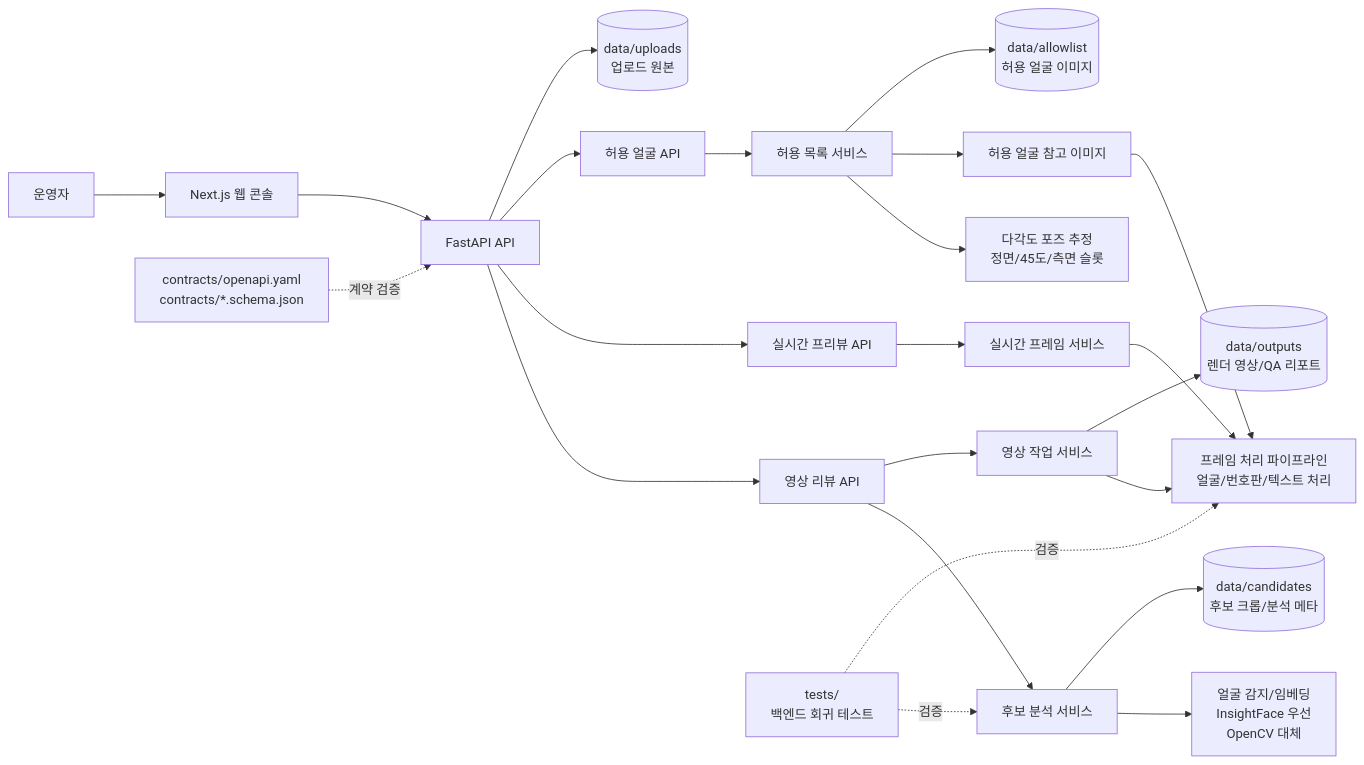
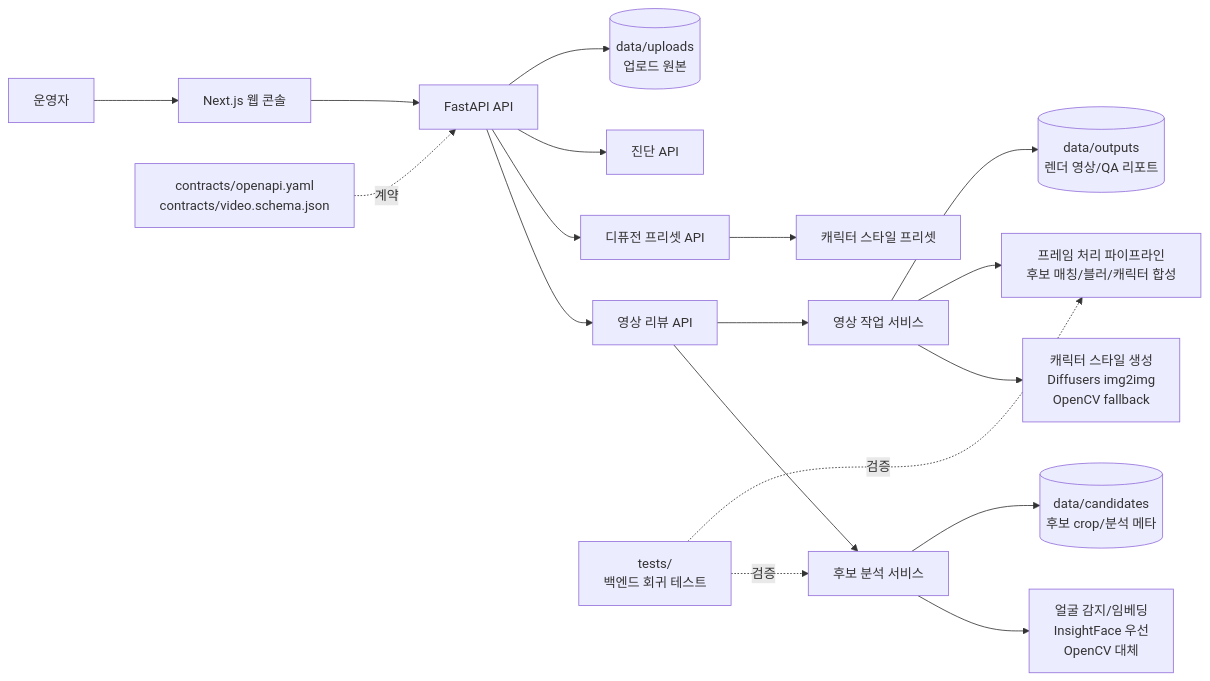
The diagram in docs/developer-guide.md (iamdbstjd/PersonaMask), drawn with Mermaid before and after one commit. The commit also changed other lines of this file and 105 other files, not shown here.

````diff
--- a/docs/developer-guide.md
+++ b/docs/developer-guide.md
@@ -14,30 +15,25 @@
 ```mermaid
 flowchart LR
   Operator["운영자"] --> Web["Next.js 웹 콘솔"]
   Web --> API["FastAPI API"]
 
   API --> VideoRoutes["영상 리뷰 API"]
-  API --> RealtimeRoutes["실시간 프리뷰 API"]
-  API --> AllowlistRoutes["허용 얼굴 API"]
+  API --> PresetRoutes["디퓨전 프리셋 API"]
+  API --> Diagnostics["진단 API"]
 
   VideoRoutes --> CandidateService["후보 분석 서비스"]
   VideoRoutes --> JobService["영상 작업 서비스"]
-  RealtimeRoutes --> RealtimeService["실시간 프레임 서비스"]
-  AllowlistRoutes --> AllowlistService["허용 목록 서비스"]
+  PresetRoutes --> Presets["캐릭터 스타일 프리셋"]
 
   CandidateService --> Detector["얼굴 감지/임베딩\nInsightFace 우선\nOpenCV 대체"]
-  RealtimeService --> FrameProcessor["프레임 처리 파이프라인\n얼굴/번호판/텍스트 처리"]
-  JobService --> FrameProcessor
-  AllowlistService --> PoseEstimator["다각도 포즈 추정\n정면/45도/측면 슬롯"]
-  AllowlistService --> References["허용 얼굴 참고 이미지"]
-  References --> FrameProcessor
+  CandidateService --> Candidates[("data/candidates\n후보 crop/분석 메타")]
+
+  JobService --> Stylizer["캐릭터 스타일 생성\nDiffusers img2img\nOpenCV fallback"]
+  JobService --> FrameProcessor["프레임 처리 파이프라인\n후보 매칭/블러/캐릭터 합성"]
+  JobService --> Outputs[("data/outputs\n렌더 영상/QA 리포트")]
 
   API --> Uploads[("data/uploads\n업로드 원본")]
-  CandidateService --> Candidates[("data/candidates\n후보 크롭/분석 메타")]
-  JobService --> Outputs[("data/outputs\n렌더 영상/QA 리포트")]
-  AllowlistService --> AllowlistData[("data/allowlist\n허용 얼굴 이미지")]
-
-  Contracts["contracts/openapi.yaml\ncontracts/*.schema.json"] -.계약 검증.-> API
+  Contracts["contracts/openapi.yaml\ncontracts/video.schema.json"] -.계약.-> API
   Tests["tests/\n백엔드 회귀 테스트"] -.검증.-> CandidateService
   Tests -.검증.-> FrameProcessor
 ```
````
